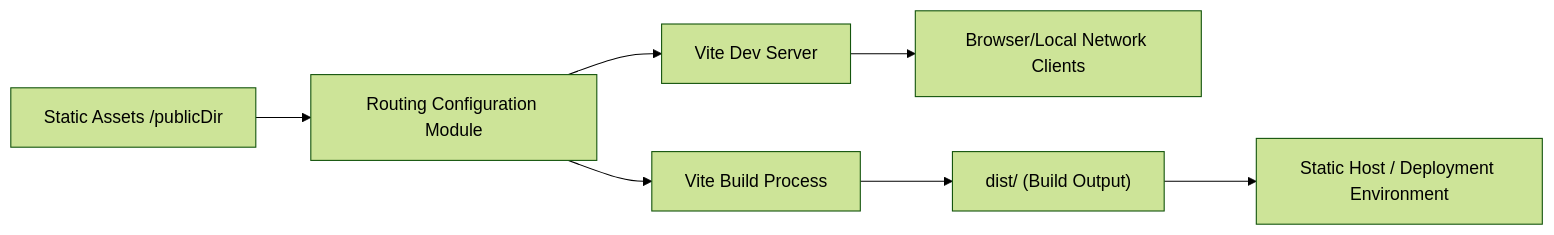
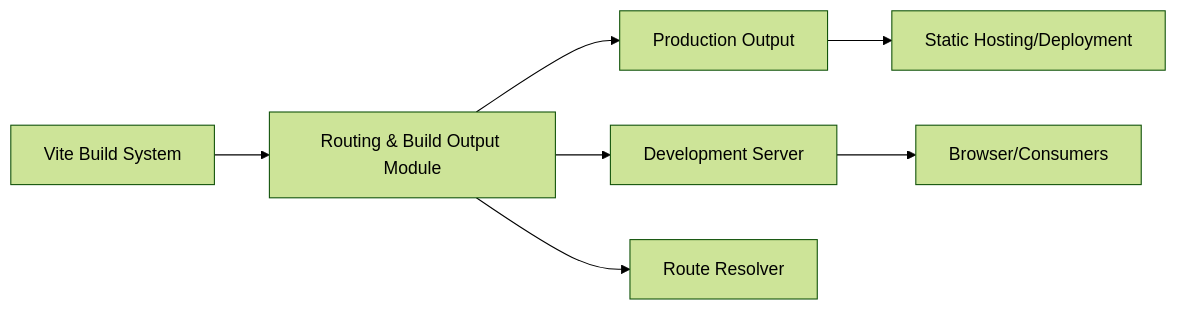
Before and after one commit to NicoooM/three-js-test: the diagram in .shelfya/guide/routing.md, drawn with Mermaid (forest theme). The commit also changed other lines of this file and 6 other files, not shown here.

````diff
--- a/.shelfya/guide/routing.md
+++ b/.shelfya/guide/routing.md
@@ -50,8 +48,8 @@
 ```mermaid
 flowchart LR
-  fileSys["Static Assets /publicDir"] --> routingConfig["Routing Configuration Module"] --> viteServer["Vite Dev Server"]
-  viteServer --> browser["Browser/Local Network Clients"]
-  routingConfig --> buildProcess["Vite Build Process"]
-  buildProcess --> outputDir["dist/ (Build Output)"]
-  outputDir --> deployEnv["Static Host / Deployment Environment"]
+  vite["Vite Build System"] --> config["Routing & Build Output Module"] --> dist["Production Output"]
+  config --> devServer["Development Server"]
+  config --> routing["Route Resolver"]
+  dist --> deployment["Static Hosting/Deployment"]
+  devServer --> browser["Browser/Consumers"]
 ```
````
